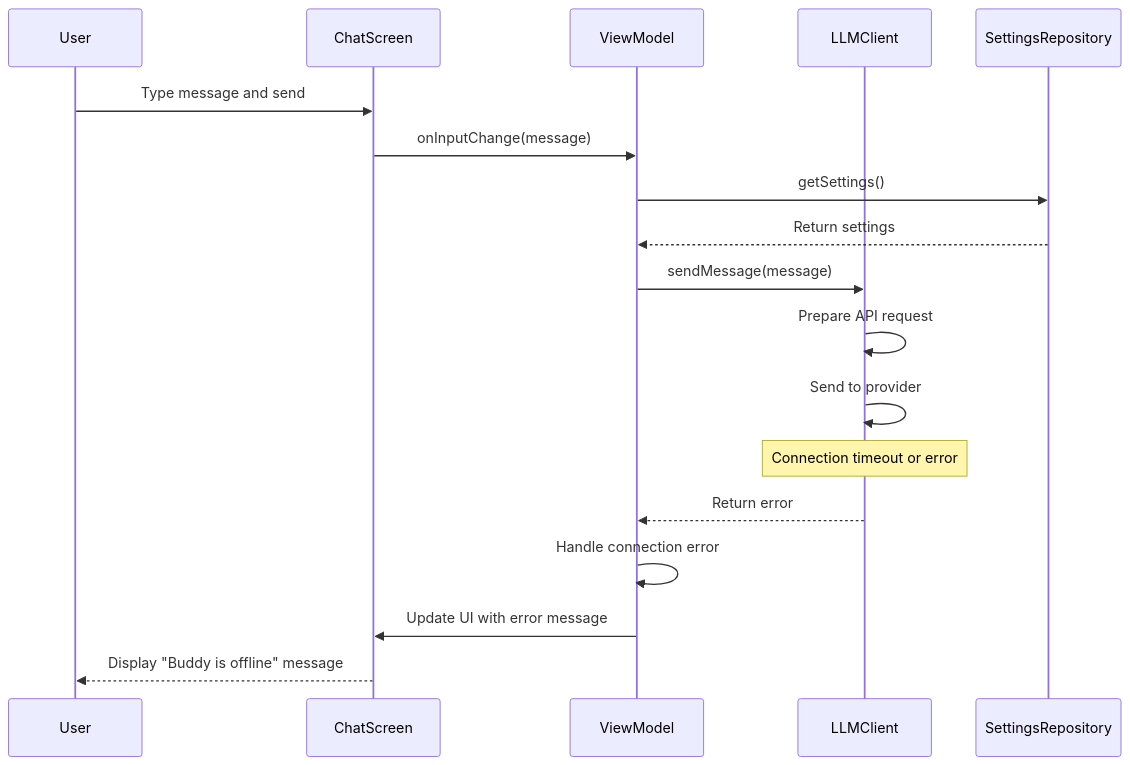
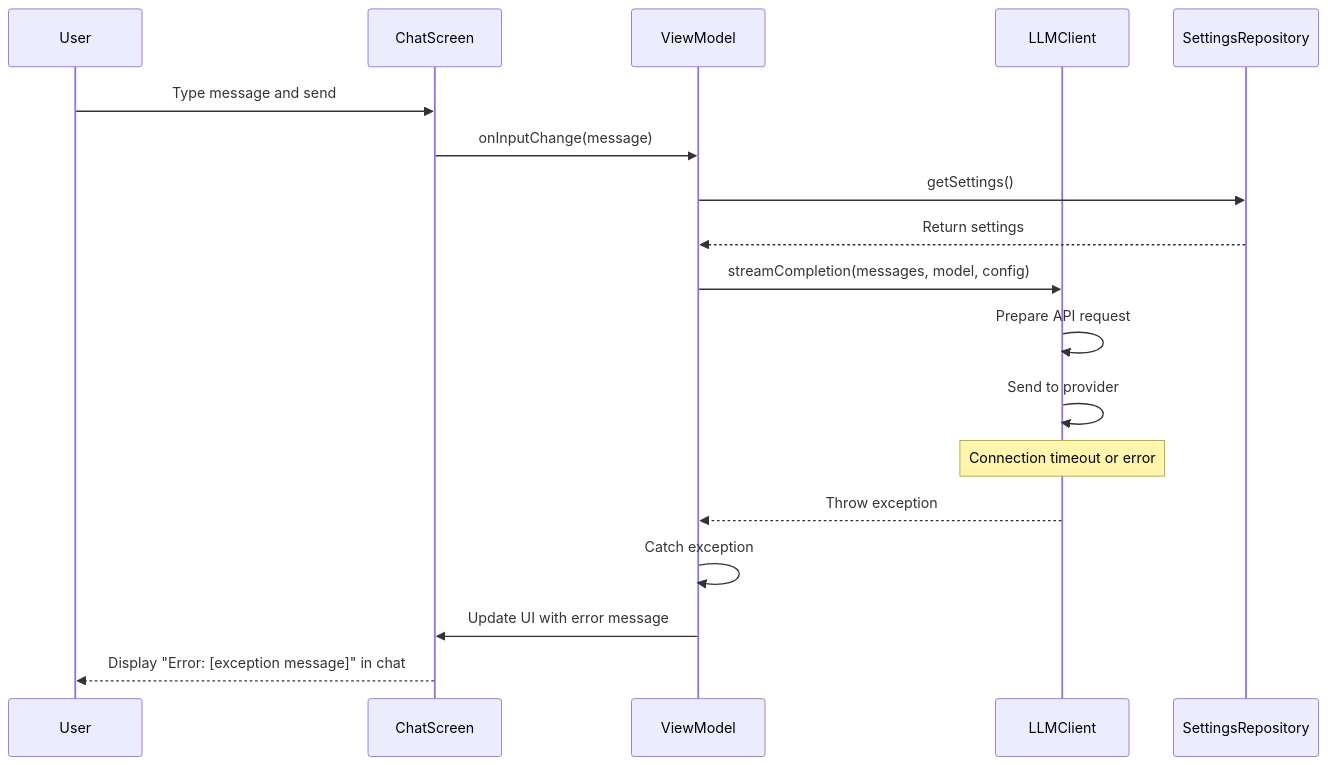
Before and after one commit to lehoang318/buddy: the seventh of 10 diagrams in docs/seq_chat.md, drawn with Mermaid. The commit also changed other lines of this file and 7 other files, not shown here.

````diff
--- a/docs/seq_chat.md
+++ b/docs/seq_chat.md
@@ -179,21 +182,21 @@
 ```mermaid
 sequenceDiagram
     participant User
     participant ChatScreen
     participant ViewModel
     participant LLMClient
     participant SettingsRepository
 
     User->>ChatScreen: Type message and send
     ChatScreen->>ViewModel: onInputChange(message)
     ViewModel->>SettingsRepository: getSettings()
     SettingsRepository-->>ViewModel: Return settings
-    ViewModel->>LLMClient: sendMessage(message)
+    ViewModel->>LLMClient: streamCompletion(messages, model, config)
     LLMClient->>LLMClient: Prepare API request
     LLMClient->>LLMClient: Send to provider
     Note over LLMClient: Connection timeout or error
-    LLMClient-->>ViewModel: Return error
-    ViewModel->>ViewModel: Handle connection error
+    LLMClient-->>ViewModel: Throw exception
+    ViewModel->>ViewModel: Catch exception
     ViewModel->>ChatScreen: Update UI with error message
-    ChatScreen-->>User: Display "Buddy is offline" message
+    ChatScreen-->>User: Display "Error: [exception message]" in chat
 ```
````
